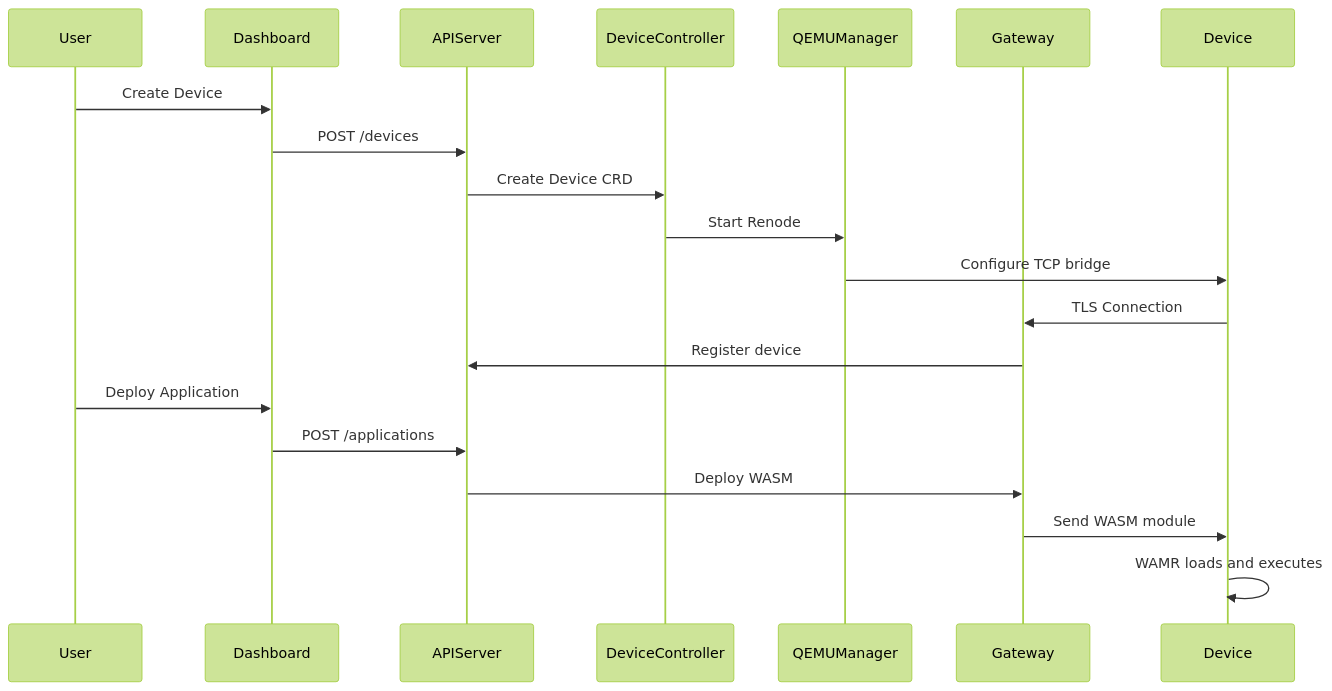
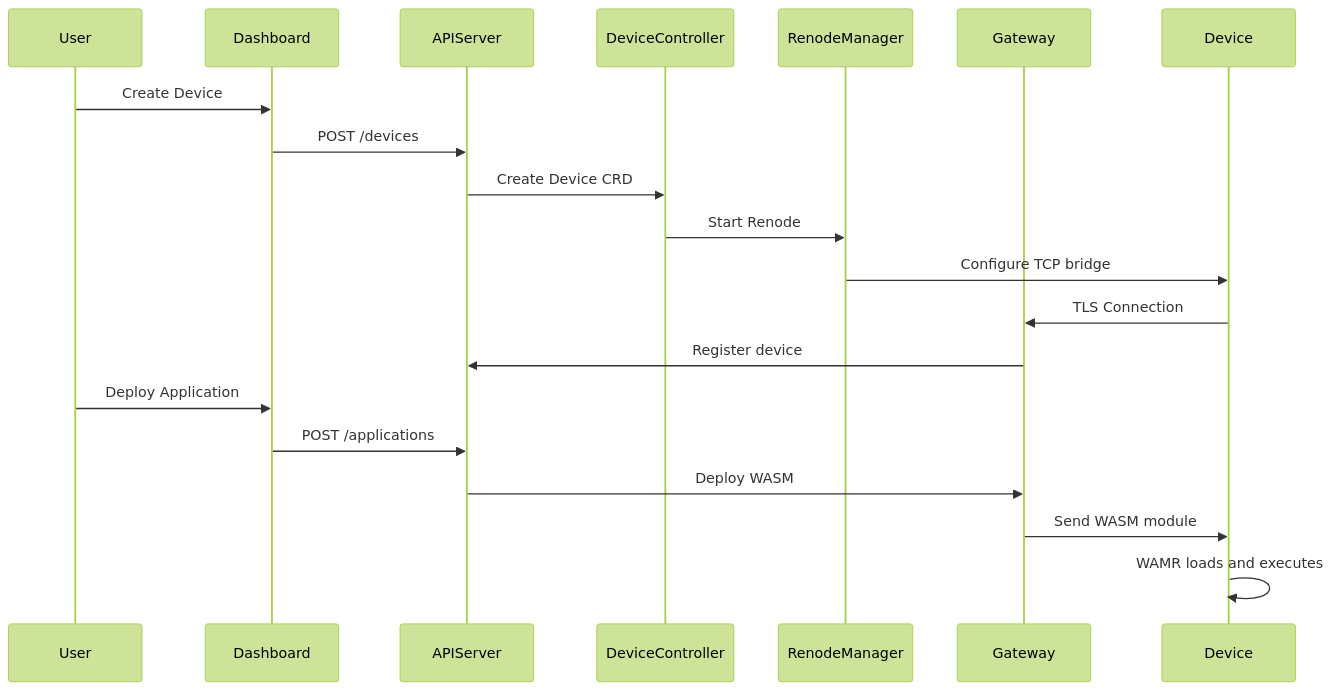
The first of 3 diagrams in doc/ARCHITECTURE.md (lucadagati/retrospect), drawn with Mermaid (forest theme) before and after one commit.

Commit message:
Fix ARCHITECTURE.md: Update sequence diagram to use RenodeManager instead of QEMUManager

````diff
--- a/doc/ARCHITECTURE.md
+++ b/doc/ARCHITECTURE.md
@@ -93,24 +93,24 @@
 ```mermaid
 sequenceDiagram
     participant User
     participant Dashboard
     participant APIServer
     participant DeviceController
-    participant QEMUManager
+    participant RenodeManager
     participant Gateway
     participant Device
     
     User->>Dashboard: Create Device
     Dashboard->>APIServer: POST /devices
     APIServer->>DeviceController: Create Device CRD
-    DeviceController->>QEMUManager: Start Renode
-    QEMUManager->>Device: Configure TCP bridge
+    DeviceController->>RenodeManager: Start Renode
+    RenodeManager->>Device: Configure TCP bridge
     Device->>Gateway: TLS Connection
     Gateway->>APIServer: Register device
     
     User->>Dashboard: Deploy Application
     Dashboard->>APIServer: POST /applications
     APIServer->>Gateway: Deploy WASM
     Gateway->>Device: Send WASM module
     Device->>Device: WAMR loads and executes
 ```
````
